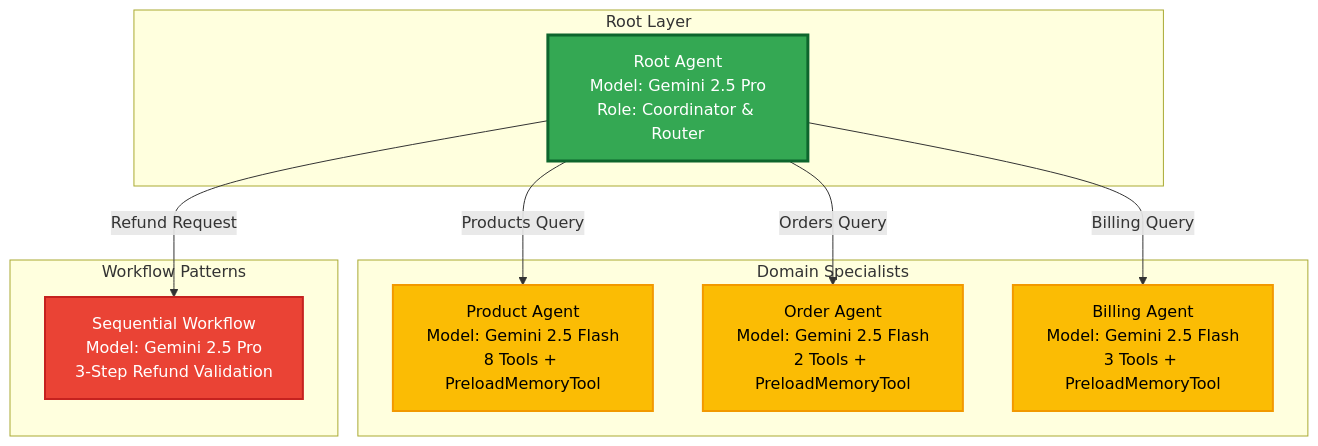
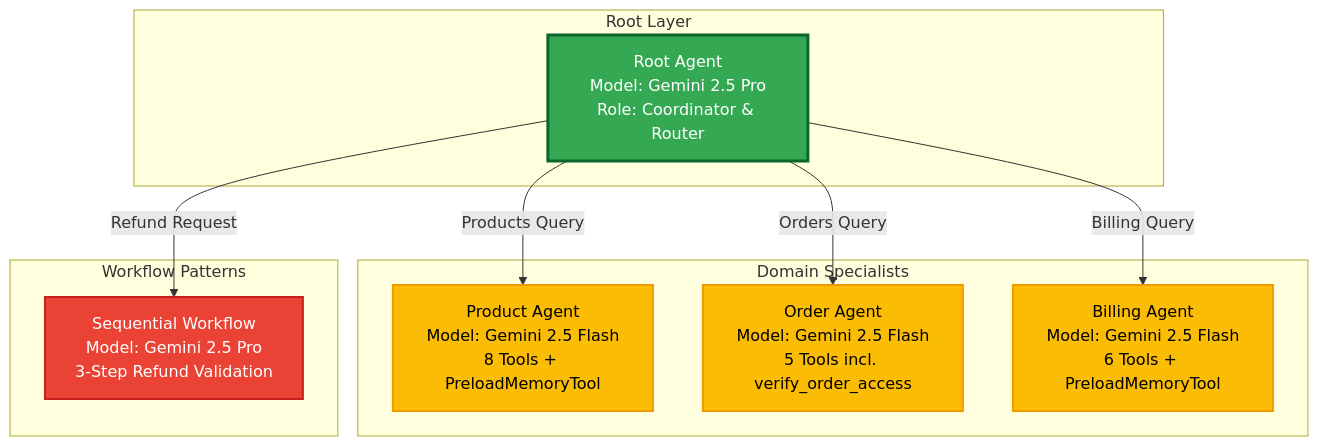
The second of 6 diagrams in docs/ARCHITECTURE.md (Saoussen-CH/adk-multiagent-production-template), drawn with Mermaid before and after one commit. The commit also changed other lines of this file and 7 other files, not shown here.

````diff
--- a/docs/ARCHITECTURE.md
+++ b/docs/ARCHITECTURE.md
@@ -149,27 +149,27 @@
 ```mermaid
 graph TD
     subgraph "Root Layer"
         Root[Root Agent<br/>Model: Gemini 2.5 Pro<br/>Role: Coordinator & Router]
     end
 
     subgraph "Domain Specialists"
         Product[Product Agent<br/>Model: Gemini 2.5 Flash<br/>8 Tools + PreloadMemoryTool]
-        Order[Order Agent<br/>Model: Gemini 2.5 Flash<br/>2 Tools + PreloadMemoryTool]
-        Billing[Billing Agent<br/>Model: Gemini 2.5 Flash<br/>3 Tools + PreloadMemoryTool]
+        Order[Order Agent<br/>Model: Gemini 2.5 Flash<br/>5 Tools incl. verify_order_access]
+        Billing[Billing Agent<br/>Model: Gemini 2.5 Flash<br/>6 Tools + PreloadMemoryTool]
     end
 
     subgraph "Workflow Patterns"
         Sequential[Sequential Workflow<br/>Model: Gemini 2.5 Pro<br/>3-Step Refund Validation]
     end
 
     Root -->|Products Query| Product
     Root -->|Orders Query| Order
     Root -->|Billing Query| Billing
     Root -->|Refund Request| Sequential
 
     style Root fill:#34A853,stroke:#0D652D,color:#fff,stroke-width:3px
     style Product fill:#FBBC04,stroke:#F29900,color:#000,stroke-width:2px
     style Order fill:#FBBC04,stroke:#F29900,color:#000,stroke-width:2px
     style Billing fill:#FBBC04,stroke:#F29900,color:#000,stroke-width:2px
     style Sequential fill:#EA4335,stroke:#C5221F,color:#fff,stroke-width:2px
 ```
````
